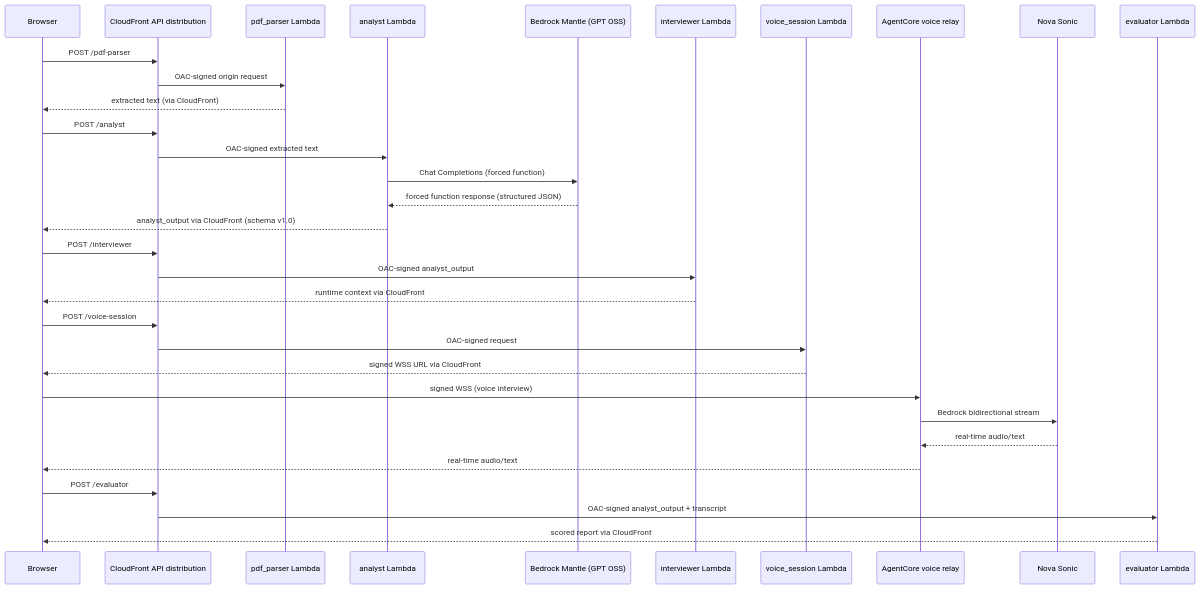
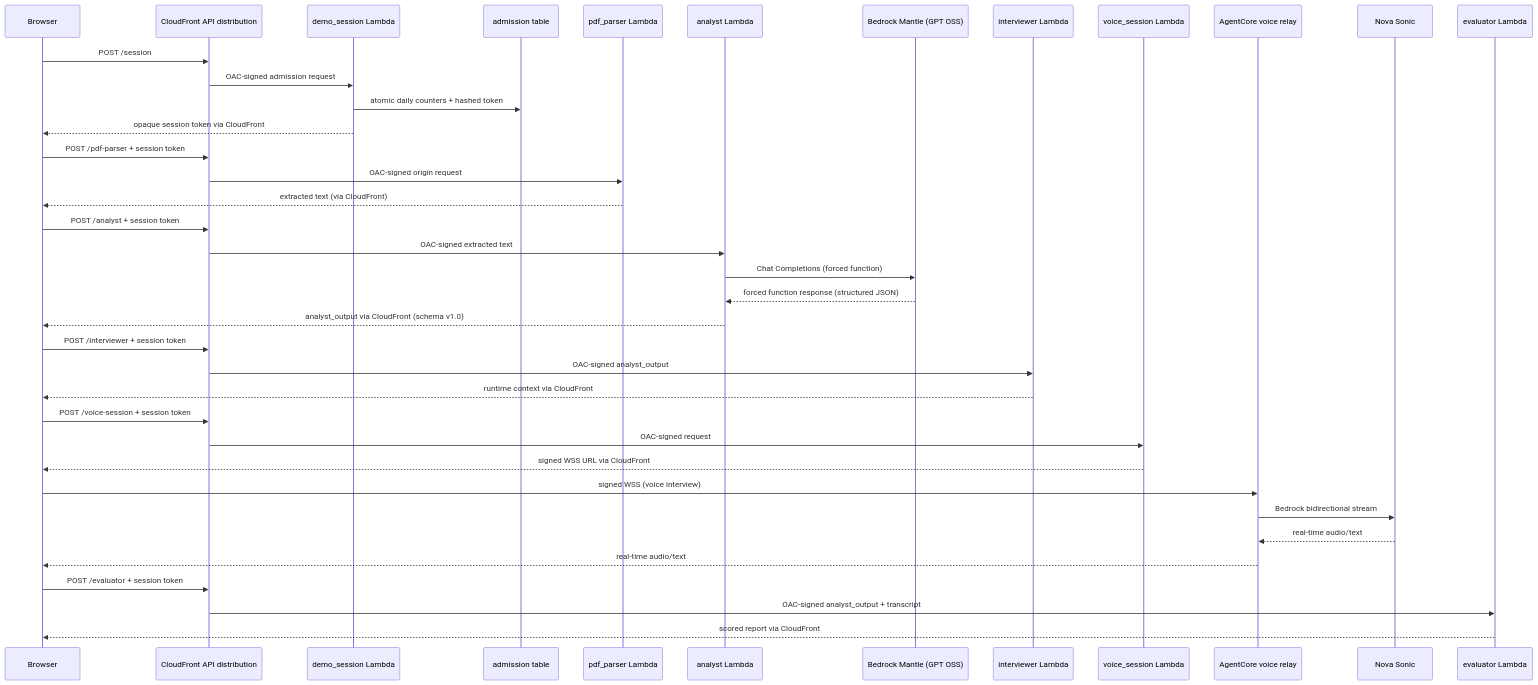
The first of 2 diagrams in .kiro/specs/resume-analysis-pipeline/design.md (Jade-ok/CIC_mock-interview-coach), drawn with Mermaid before and after one commit. The commit also changed other lines of this file and 55 other files, not shown here.

````diff
--- a/.kiro/specs/resume-analysis-pipeline/design.md
+++ b/.kiro/specs/resume-analysis-pipeline/design.md
@@ -24,35 +24,41 @@
 ```mermaid
 sequenceDiagram
     participant Browser
     participant CloudFront as CloudFront API distribution
+    participant DemoSession as demo_session Lambda
+    participant DynamoDB as admission table
     participant PdfParser as pdf_parser Lambda
     participant Analyst as analyst Lambda
     participant Bedrock as Bedrock Mantle (GPT OSS)
     participant Interviewer as interviewer Lambda
     participant VoiceSession as voice_session Lambda
     participant AgentCore as AgentCore voice relay
     participant NovaSonic as Nova Sonic
     participant Evaluator as evaluator Lambda
 
-    Browser->>CloudFront: POST /pdf-parser
+    Browser->>CloudFront: POST /session
+    CloudFront->>DemoSession: OAC-signed admission request
+    DemoSession->>DynamoDB: atomic daily counters + hashed token
+    DemoSession-->>Browser: opaque session token via CloudFront
+    Browser->>CloudFront: POST /pdf-parser + session token
     CloudFront->>PdfParser: OAC-signed origin request
     PdfParser-->>Browser: extracted text (via CloudFront)
-    Browser->>CloudFront: POST /analyst
+    Browser->>CloudFront: POST /analyst + session token
     CloudFront->>Analyst: OAC-signed extracted text
     Analyst->>Bedrock: Chat Completions (forced function)
     Bedrock-->>Analyst: forced function response (structured JSON)
     Analyst-->>Browser: analyst_output via CloudFront (schema v1.0)
-    Browser->>CloudFront: POST /interviewer
+    Browser->>CloudFront: POST /interviewer + session token
     CloudFront->>Interviewer: OAC-signed analyst_output
     Interviewer-->>Browser: runtime context via CloudFront
-    Browser->>CloudFront: POST /voice-session
+    Browser->>CloudFront: POST /voice-session + session token
     CloudFront->>VoiceSession: OAC-signed request
     VoiceSession-->>Browser: signed WSS URL via CloudFront
     Browser->>AgentCore: signed WSS (voice interview)
     AgentCore->>NovaSonic: Bedrock bidirectional stream
     NovaSonic-->>AgentCore: real-time audio/text
     AgentCore-->>Browser: real-time audio/text
-    Browser->>CloudFront: POST /evaluator
+    Browser->>CloudFront: POST /evaluator + session token
     CloudFront->>Evaluator: OAC-signed analyst_output + transcript
     Evaluator-->>Browser: scored report via CloudFront
 ```
````
